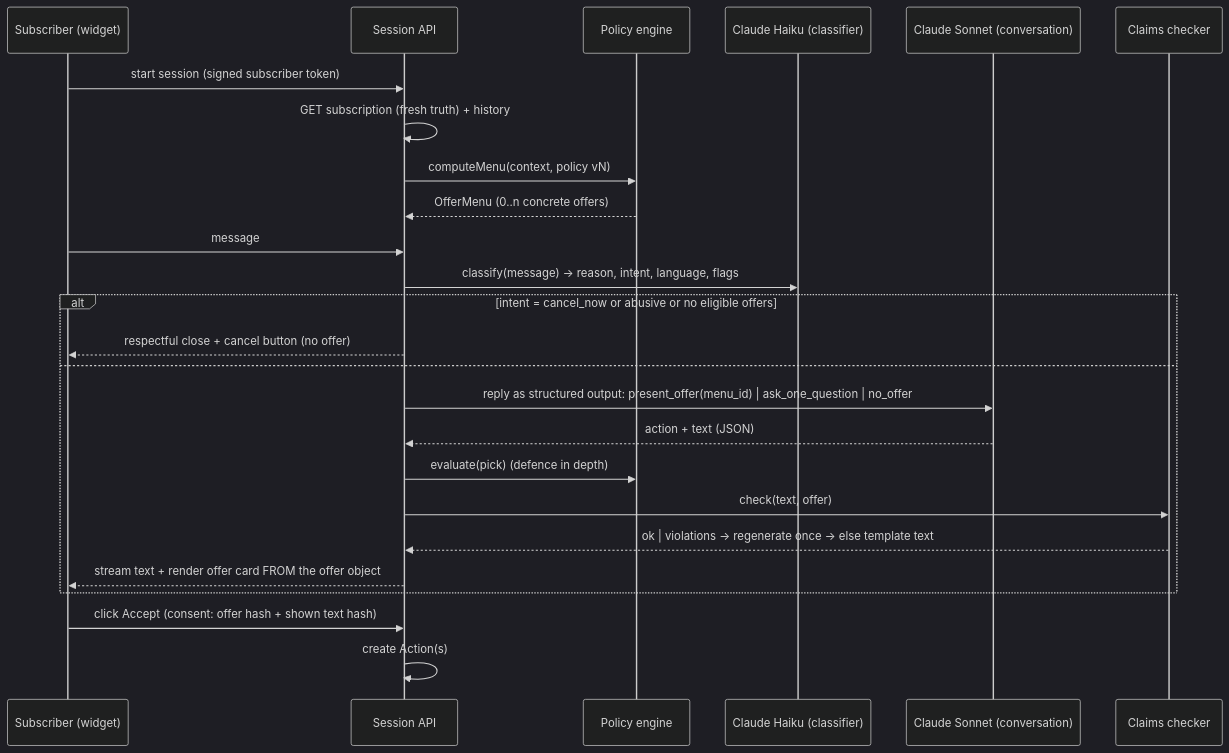
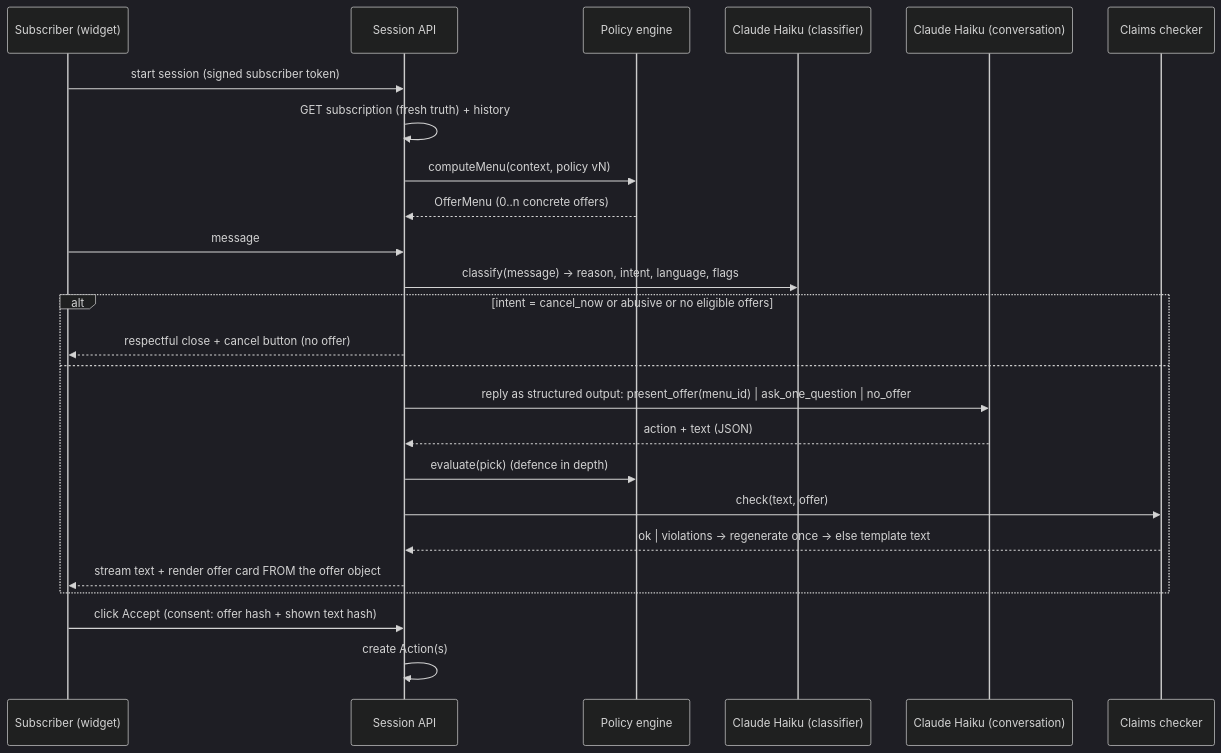
The third of 4 diagrams in docs/ARCHITECTURE.md (NotArnav03/keepwell), drawn with Mermaid (dark theme) before and after one commit. The commit also changed other lines of this file and 7 other files, not shown here.

First line of the commit message:
feat(agent): use Haiku for the agent's conversation, not Sonnet

````diff
--- a/docs/ARCHITECTURE.md
+++ b/docs/ARCHITECTURE.md
@@ -289,27 +289,27 @@
 ```mermaid
 sequenceDiagram
   participant S as Subscriber (widget)
   participant API as Session API
   participant PO as Policy engine
   participant H as Claude Haiku (classifier)
-  participant SO as Claude Sonnet (conversation)
+  participant SO as Claude Haiku (conversation)
   participant CC as Claims checker
   S->>API: start session (signed subscriber token)
   API->>API: GET subscription (fresh truth) + history
   API->>PO: computeMenu(context, policy vN)
   PO-->>API: OfferMenu (0..n concrete offers)
   S->>API: message
   API->>H: classify(message) → reason, intent, language, flags
   alt intent = cancel_now or abusive or no eligible offers
     API-->>S: respectful close + cancel button (no offer)
   else
     API->>SO: reply as structured output: present_offer(menu_id) | ask_one_question | no_offer
     SO-->>API: action + text (JSON)
     API->>PO: evaluate(pick) (defence in depth)
     API->>CC: check(text, offer)
     CC-->>API: ok | violations → regenerate once → else template text
     API-->>S: stream text + render offer card FROM the offer object
   end
   S->>API: click Accept (consent: offer hash + shown text hash)
   API->>API: create Action(s)
 ```
````
